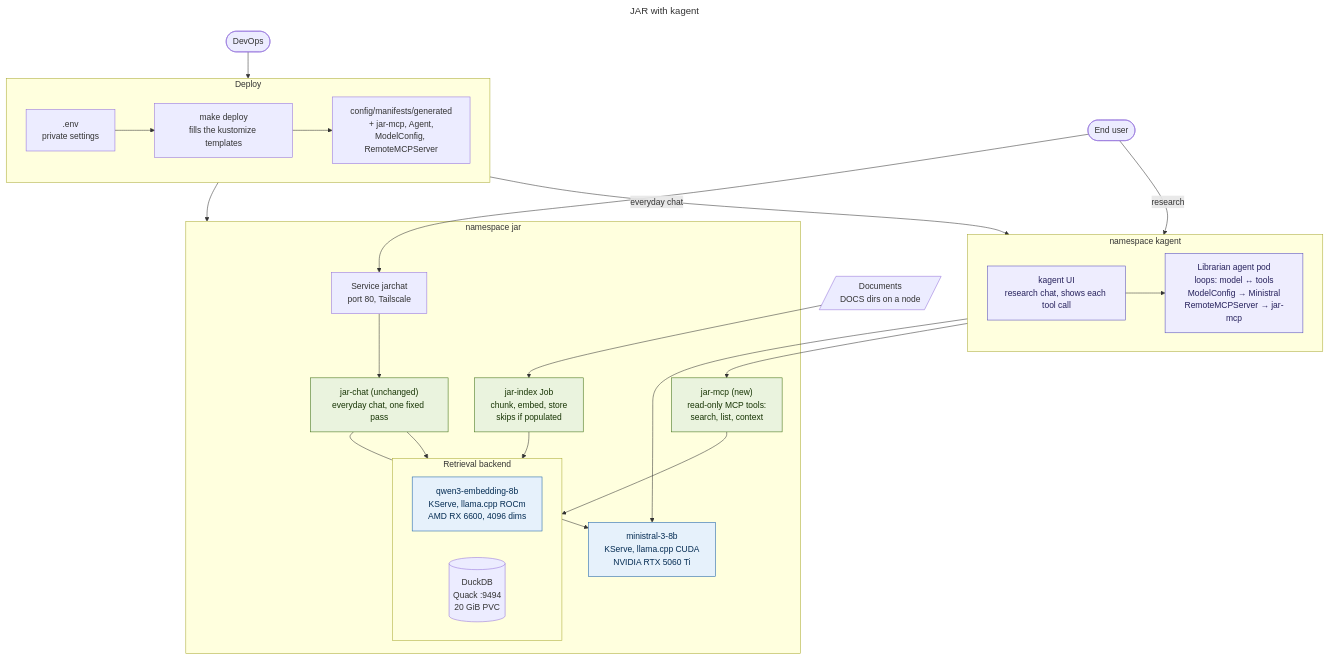
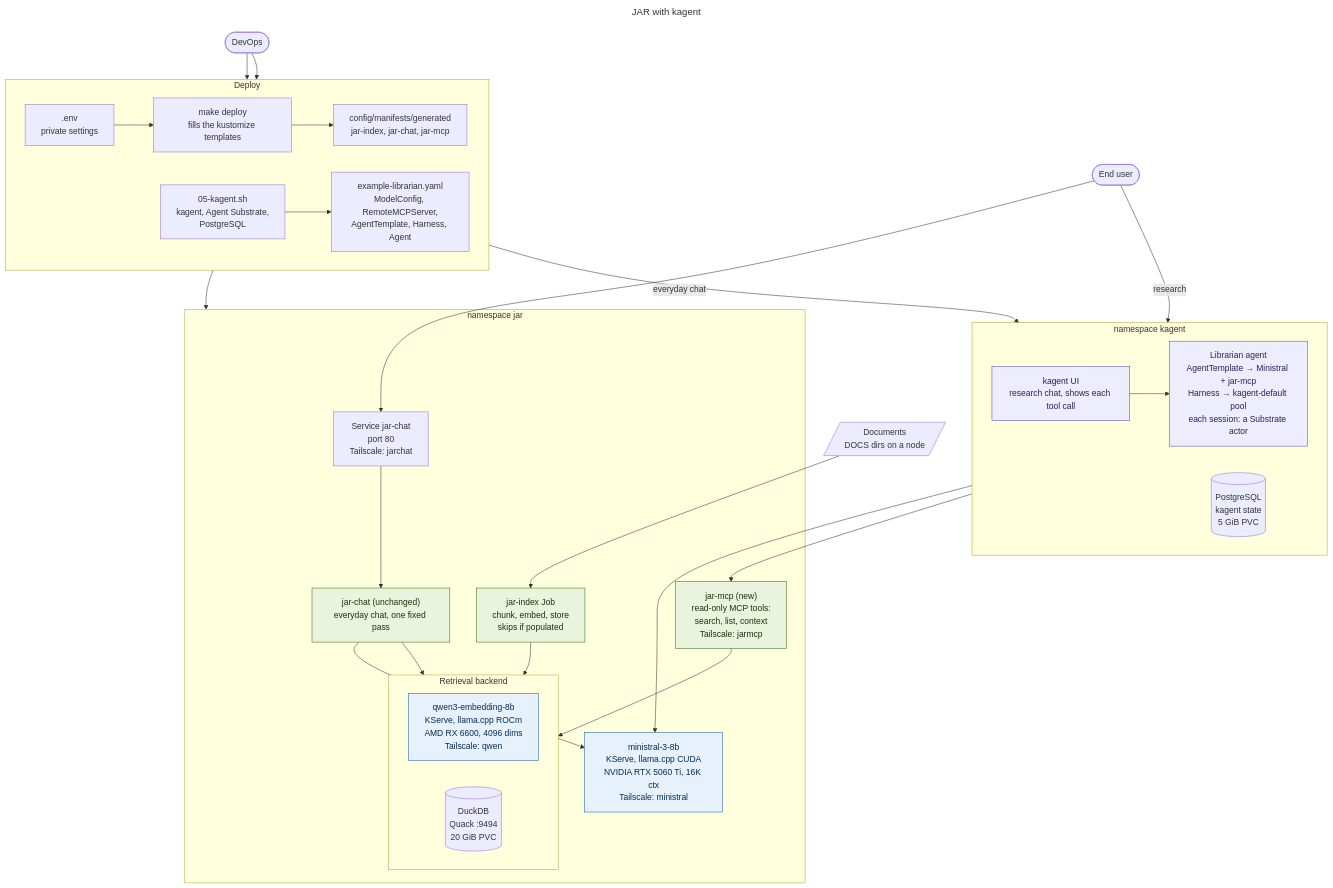
One commit to brito-rafa/jar changed the diagram in docs/diagrams.md. Above: the diagram before and after it, drawn with Mermaid. The commit also changed 12 other files, not shown here.

````diff
--- a/docs/diagrams.md
+++ b/docs/diagrams.md
@@ -1,59 +1,64 @@
 ```mermaid
 ---
 title: JAR with kagent
 ---
 flowchart TB
     devops(["DevOps"])
     enduser(["End user"])
 
     subgraph deploy["Deploy"]
         direction LR
         env[".env<br/>private settings"]
         make["make deploy<br/>fills the kustomize templates"]
-        gen["config/manifests/generated<br/>+ jar-mcp, Agent,<br/>ModelConfig, RemoteMCPServer"]
+        gen["config/manifests/generated<br/>jar-index, jar-chat, jar-mcp"]
         env --> make --> gen
+        kagentsh["05-kagent.sh<br/>kagent, Agent Substrate,<br/>PostgreSQL"]
+        librarian["example-librarian.yaml<br/>ModelConfig, RemoteMCPServer,<br/>AgentTemplate, Harness, Agent"]
+        kagentsh --> librarian
     end
 
     docs[/"Documents<br/>DOCS dirs on a node"/]
 
     subgraph nskagent["namespace kagent"]
         direction LR
         ui["kagent UI<br/>research chat, shows each tool call"]:::kagent
-        agent["Librarian agent pod<br/>loops: model ↔ tools<br/>ModelConfig → Ministral<br/>RemoteMCPServer → jar-mcp"]:::kagent
+        agent["Librarian agent<br/>AgentTemplate → Ministral + jar-mcp<br/>Harness → kagent-default pool<br/>each session: a Substrate actor"]:::kagent
+        pg[("PostgreSQL<br/>kagent state<br/>5 GiB PVC")]
         ui --> agent
     end
 
     subgraph nsjar["namespace jar"]
-        svc["Service jarchat<br/>port 80, Tailscale"]
+        svc["Service jar-chat<br/>port 80<br/>Tailscale: jarchat"]
         chat["jar-chat (unchanged)<br/>everyday chat, one fixed pass"]:::jar
-        mini["ministral-3-8b<br/>KServe, llama.cpp CUDA<br/>NVIDIA RTX 5060 Ti"]:::model
-        mcp["jar-mcp (new)<br/>read-only MCP tools:<br/>search, list, context"]:::jar
+        mini["ministral-3-8b<br/>KServe, llama.cpp CUDA<br/>NVIDIA RTX 5060 Ti, 16K ctx<br/>Tailscale: ministral"]:::model
+        mcp["jar-mcp (new)<br/>read-only MCP tools:<br/>search, list, context<br/>Tailscale: jarmcp"]:::jar
         idx["jar-index Job<br/>chunk, embed, store<br/>skips if populated"]:::jar
         subgraph backend["Retrieval backend"]
-            qwen["qwen3-embedding-8b<br/>KServe, llama.cpp ROCm<br/>AMD RX 6600, 4096 dims"]:::model
+            qwen["qwen3-embedding-8b<br/>KServe, llama.cpp ROCm<br/>AMD RX 6600, 4096 dims<br/>Tailscale: qwen"]:::model
             duck[("DuckDB<br/>Quack :9494<br/>20 GiB PVC")]
         end
     end
 
     devops --> env
-    gen --> nskagent
+    devops --> kagentsh
     gen --> nsjar
+    librarian --> nskagent
 
     enduser -- research --> ui
     enduser -- everyday chat --> svc
 
     svc --> chat
     chat --> mini
     chat --> backend
 
     agent --> mini
     agent --> mcp
     mcp --> backend
 
     docs --> idx
     idx --> backend
 
     classDef jar fill:#EAF3DE,stroke:#3B6D11,color:#173404
     classDef model fill:#E6F1FB,stroke:#185FA5,color:#042C53
     classDef kagent fill:#EEEDFE,stroke:#534AB7,color:#26215C
 ```
````
